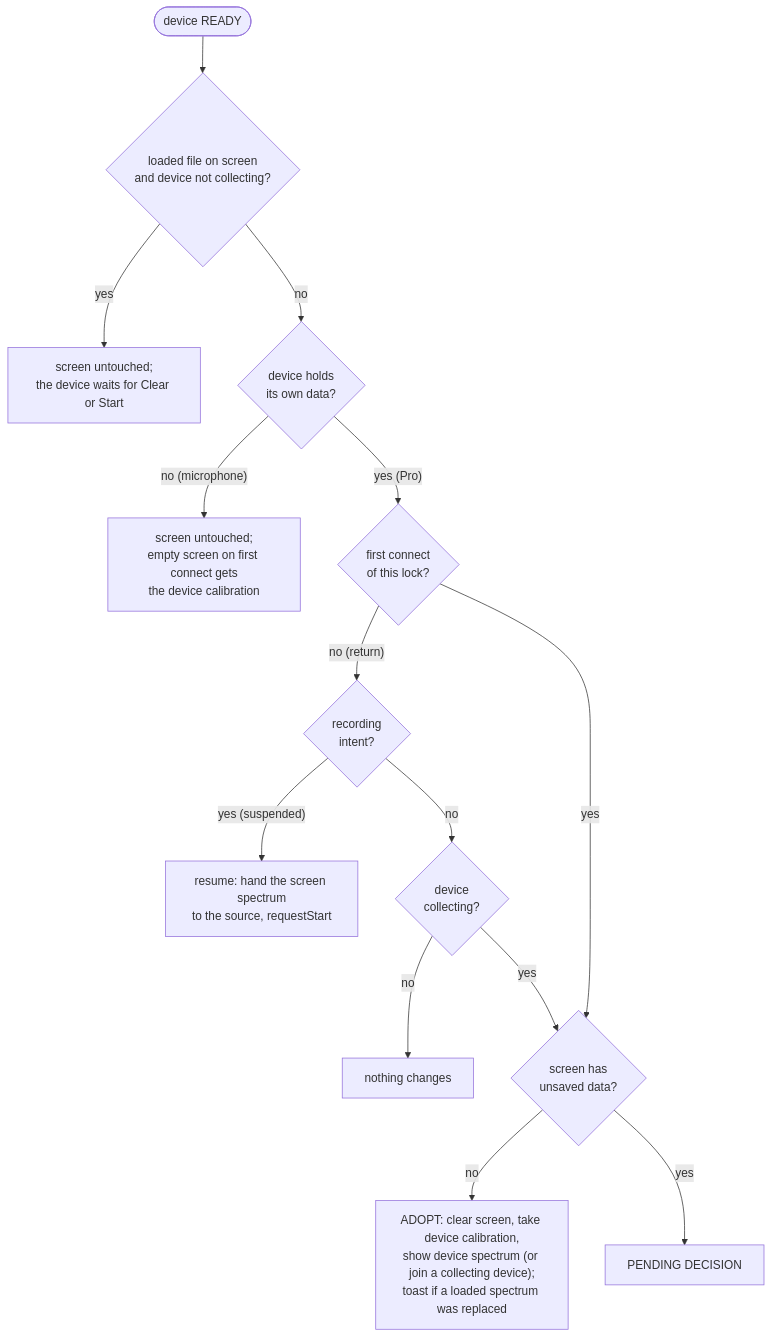
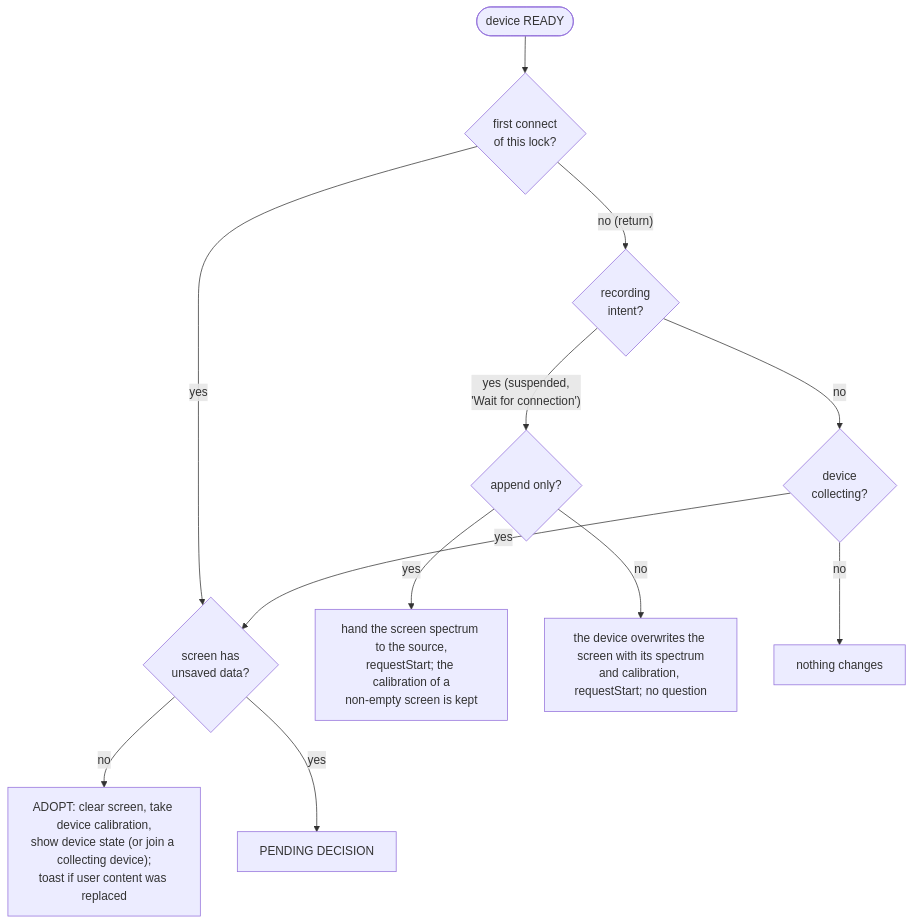
Before and after one commit to Am6er/AtomSpectra: the sixth of 9 diagrams in docs/device-state-machine.md, drawn with Mermaid. The commit also changed other lines of this file and 5 other files, not shown here.

Commit message:
feat (device): show device state on every connect, unify toasts and document the rules

````diff
--- a/docs/device-state-machine.md
+++ b/docs/device-state-machine.md
@@ -295,16 +330,14 @@
 ```mermaid
 flowchart TD
-    R(["device READY"]) --> LF{"loaded file on screen<br/>and device not collecting?"}
-    LF -- yes --> KF["screen untouched;<br/>the device waits for Clear or Start"]
-    LF -- no --> K{"device holds<br/>its own data?"}
-    K -- "no (microphone)" --> M["screen untouched;<br/>empty screen on first connect gets<br/>the device calibration"]
-    K -- "yes (Pro)" --> F{first connect<br/>of this lock?}
+    R(["device READY"]) --> F{first connect<br/>of this lock?}
+    F -- yes --> D
     F -- "no (return)" --> RC{recording<br/>intent?}
-    RC -- "yes (suspended)" --> RES["resume: hand the screen spectrum<br/>to the source, requestStart"]
+    RC -- "yes (suspended,<br/>'Wait for connection')" --> RES{append only?}
+    RES -- yes --> RA["hand the screen spectrum to the source,<br/>requestStart; the calibration of a<br/>non-empty screen is kept"]
+    RES -- no --> RO["the device overwrites the screen with its spectrum<br/>and calibration, requestStart; no question"]
     RC -- no --> CL{device<br/>collecting?}
     CL -- no --> KEEP["nothing changes"]
-    CL -- yes --> D
-    F -- yes --> D{"screen has<br/>unsaved data?"}
-    D -- no --> AD["ADOPT: clear screen, take device calibration,<br/>show device spectrum (or join a collecting device);<br/>toast if a loaded spectrum was replaced"]
+    CL -- yes --> D{"screen has<br/>unsaved data?"}
+    D -- no --> AD["ADOPT: clear screen, take device calibration,<br/>show device state (or join a collecting device);<br/>toast if user content was replaced"]
     D -- yes --> P["PENDING DECISION"]
 ```
````
